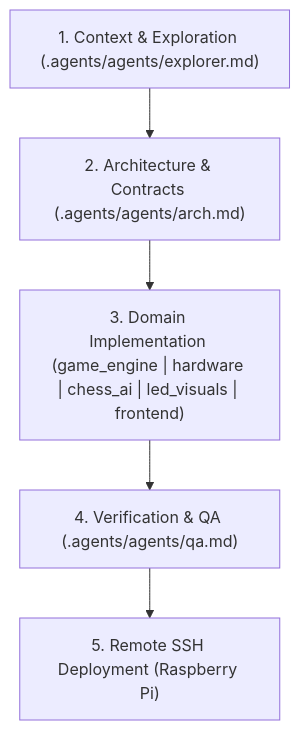
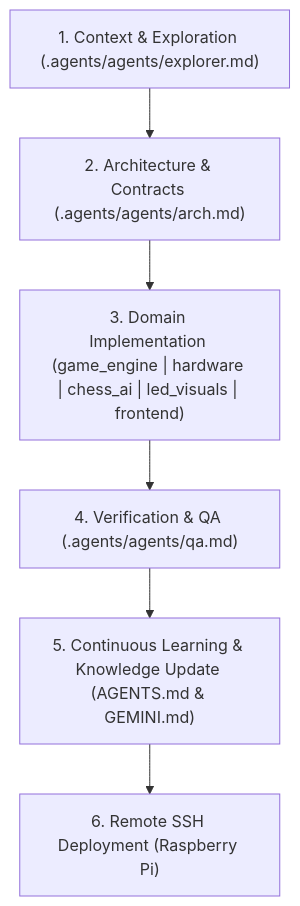
The diagram in .agents/skills/agentic-orchestrator/SKILL.md (Niorb/Smart-Chess-Board), drawn with Mermaid before and after one commit. The commit also changed other lines of this file and 25 other files, not shown here.

````diff
--- a/.agents/skills/agentic-orchestrator/SKILL.md
+++ b/.agents/skills/agentic-orchestrator/SKILL.md
@@ -42,7 +54,8 @@
 ```mermaid
 graph TD
     A["1. Context & Exploration (.agents/agents/explorer.md)"] --> B["2. Architecture & Contracts (.agents/agents/arch.md)"]
     B --> C["3. Domain Implementation (game_engine | hardware | chess_ai | led_visuals | frontend)"]
     C --> D["4. Verification & QA (.agents/agents/qa.md)"]
-    D --> E["5. Remote SSH Deployment (Raspberry Pi)"]
+    D --> E["5. Continuous Learning & Knowledge Update (AGENTS.md & GEMINI.md)"]
+    E --> F["6. Remote SSH Deployment (Raspberry Pi)"]
 ```
````
